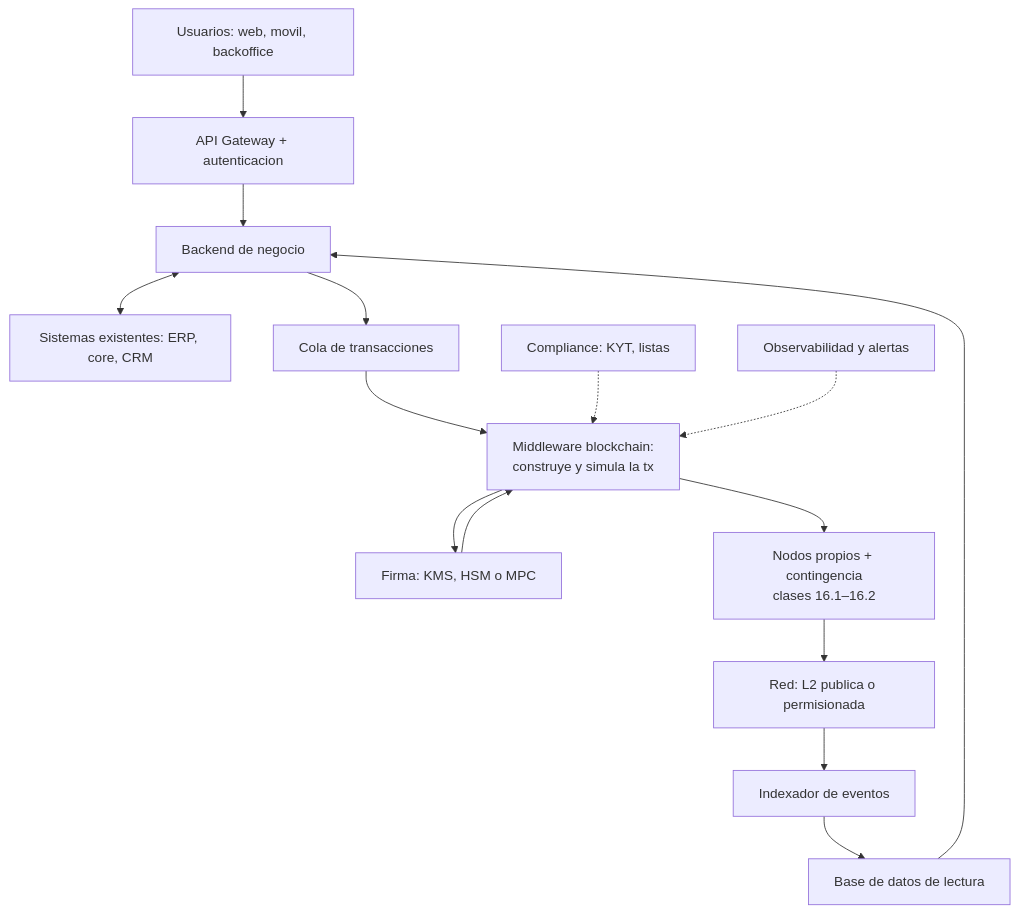
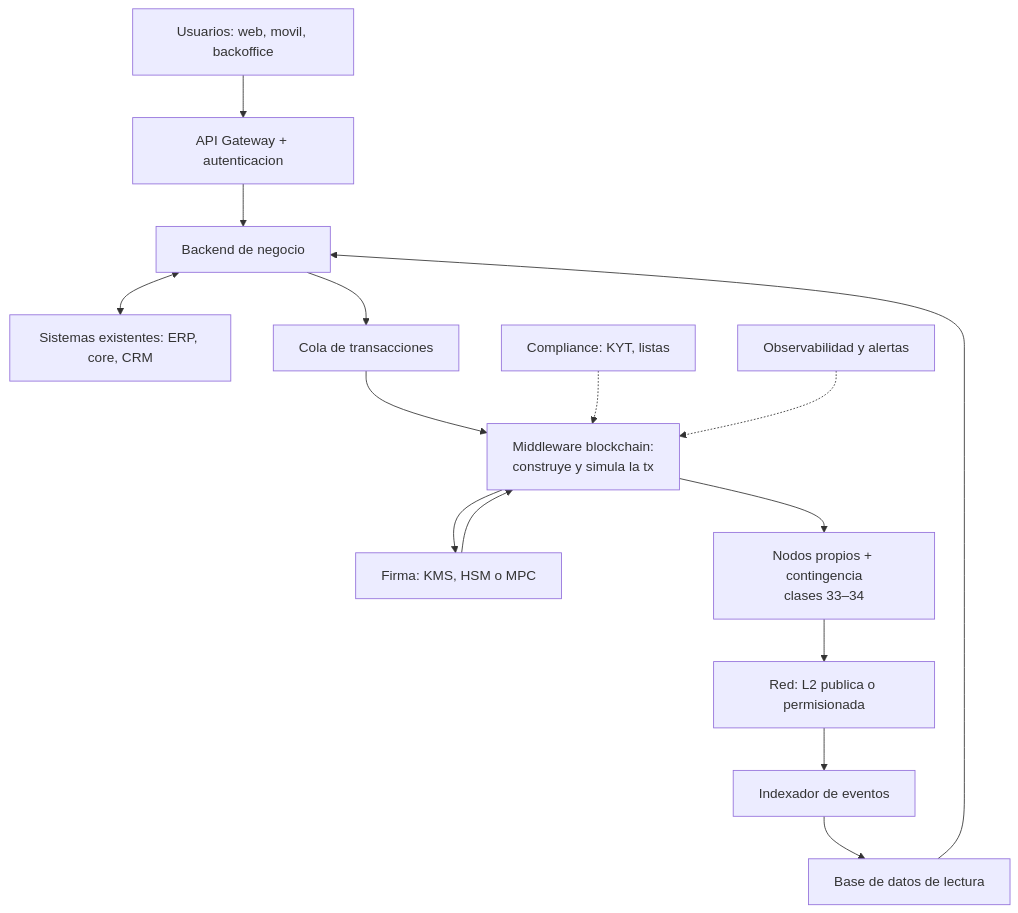
Before and after one commit to vladimiracunadev-create/blockchain-learning-path: the first of 3 diagrams in curriculum/18-implementacion-empresarial/README.md, drawn with Mermaid. The commit also changed other lines of this file and 145 other files, not shown here.

````diff
--- a/curriculum/18-implementacion-empresarial/README.md
+++ b/curriculum/18-implementacion-empresarial/README.md
@@ -113,17 +113,17 @@
 ```mermaid
 flowchart TD
     U["Usuarios: web, movil, backoffice"] --> GW["API Gateway + autenticacion"]
     GW --> BE["Backend de negocio"]
     BE <--> ERP["Sistemas existentes: ERP, core, CRM"]
     BE --> Q["Cola de transacciones"]
     Q --> MW["Middleware blockchain:<br>construye y simula la tx"]
     MW --> SIG["Firma: KMS, HSM o MPC"]
     SIG --> MW
-    MW --> RPC["Nodos propios + contingencia<br>clases 16.1–16.2"]
+    MW --> RPC["Nodos propios + contingencia<br>clases 33–34"]
     RPC --> NET["Red: L2 publica o permisionada"]
     NET --> IDX["Indexador de eventos"]
     IDX --> DB["Base de datos de lectura"]
     DB --> BE
     KYT["Compliance: KYT, listas"] -.-> MW
     OBS["Observabilidad y alertas"] -.-> MW
 ```
````
